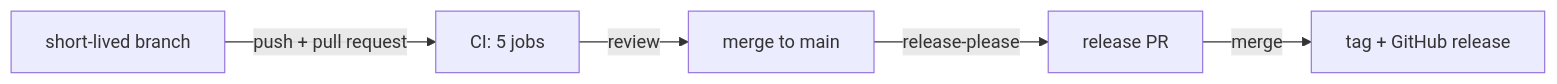
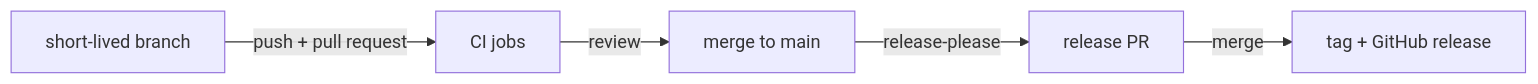
One commit to rootcube/data-mesh-template changed the diagram in docs/conventions/git-workflow.md. Above: the diagram before and after it, drawn with Mermaid. The commit also changed other lines of this file and 2 other files, not shown here.

Commit message:
ci: run only the jobs a pull request's changed paths need

````diff
--- a/docs/conventions/git-workflow.md
+++ b/docs/conventions/git-workflow.md
@@ -20,7 +20,7 @@
 ```mermaid
 flowchart LR
-    A[short-lived branch] -->|push + pull request| B[CI: 5 jobs]
+    A[short-lived branch] -->|push + pull request| B[CI jobs]
     B -->|review| C[merge to main]
     C -->|release-please| D[release PR]
     D -->|merge| E[tag + GitHub release]
 ```
````
